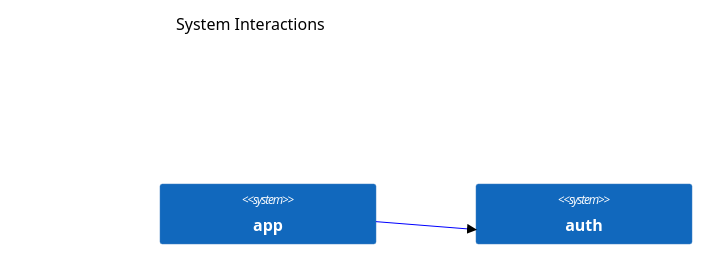
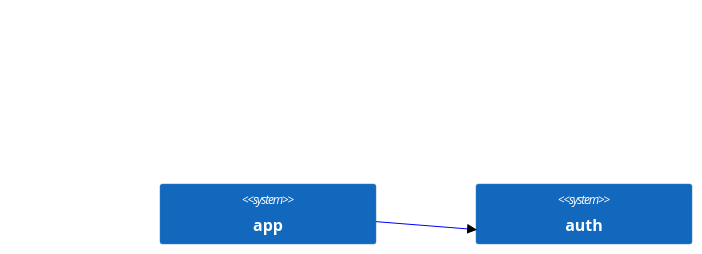
Before and after one commit to albertlatacz/shift-left-kotlin: the diagram in README.md, drawn with Mermaid (neutral theme). The commit also changed other lines of this file and 1 other file, not shown here.

Commit message:
example dependency diagram

````diff
--- a/README.md
+++ b/README.md
@@ -11,9 +13,8 @@
 ```mermaid
-C4Context
-title System Interactions
+C4Context        
    UpdateLayoutConfig($c4ShapeInRow="3")           
    System(app, "app")
    System(auth, "auth")        
    Rel(app, auth, " ")
    UpdateRelStyle(app, auth, $lineColor="blue")        
 ```
````
